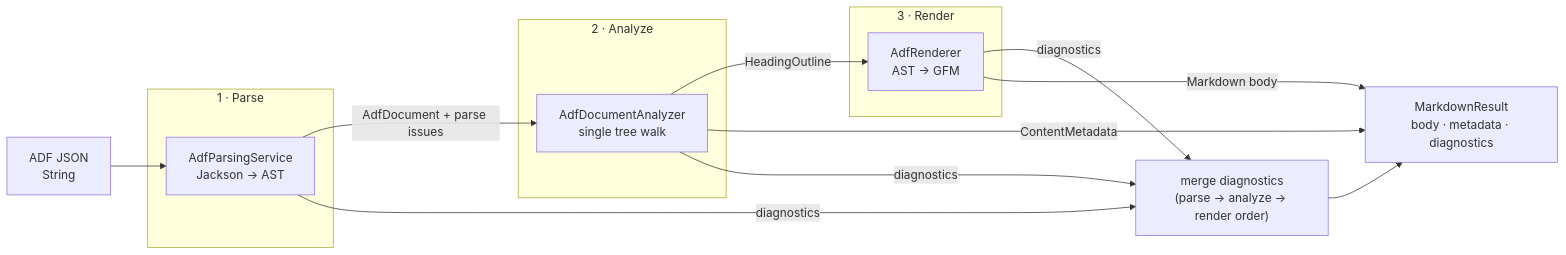
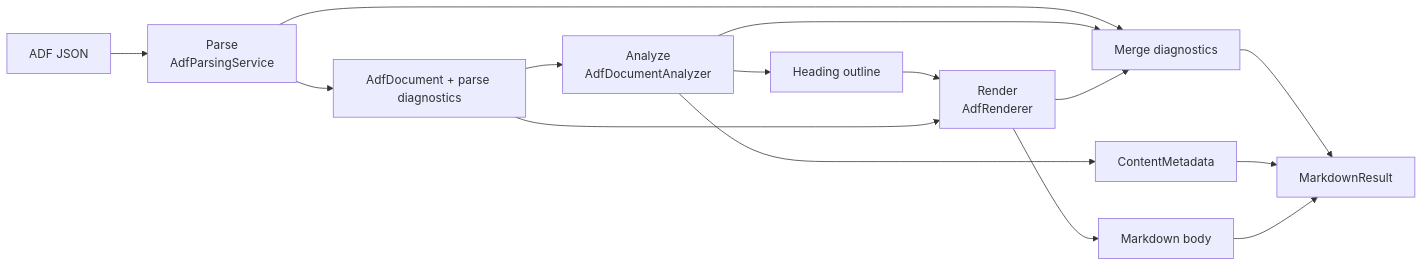
Before and after one commit to thiagogcm/adf4j: the second of 3 diagrams in docs/architecture.md, drawn with Mermaid. The commit also changed other lines of this file and 5 other files, not shown here.

````diff
--- a/docs/architecture.md
+++ b/docs/architecture.md
@@ -114,25 +56,17 @@
 ```mermaid
 flowchart LR
-    json["ADF JSON<br/>String"]
-
-    subgraph parse["1 · Parse"]
-        ps["AdfParsingService<br/>Jackson → AST"]
-    end
-    subgraph analyze["2 · Analyze"]
-        an["AdfDocumentAnalyzer<br/>single tree walk"]
-    end
-    subgraph render["3 · Render"]
-        rn["AdfRenderer<br/>AST → GFM"]
-    end
-
-    json --> ps
-    ps -->|"AdfDocument + parse issues"| an
-    an -->|"HeadingOutline"| rn
-    an -->|"ContentMetadata"| out
-    ps -->|"diagnostics"| merge
-    an -->|"diagnostics"| merge
-    rn -->|"diagnostics"| merge
-    rn -->|"Markdown body"| out
-
-    merge["merge diagnostics<br/>(parse → analyze → render order)"] --> out["MarkdownResult<br/>body · metadata · diagnostics"]
+    json["ADF JSON"] --> parse["Parse<br/>AdfParsingService"]
+    parse --> ast["AdfDocument + parse diagnostics"]
+    ast --> analyze["Analyze<br/>AdfDocumentAnalyzer"]
+    analyze --> outline["Heading outline"]
+    analyze --> metadata["ContentMetadata"]
+    outline --> render["Render<br/>AdfRenderer"]
+    ast --> render
+    render --> body["Markdown body"]
+    parse --> merge["Merge diagnostics"]
+    analyze --> merge
+    render --> merge
+    merge --> result["MarkdownResult"]
+    metadata --> result
+    body --> result
 ```
````
